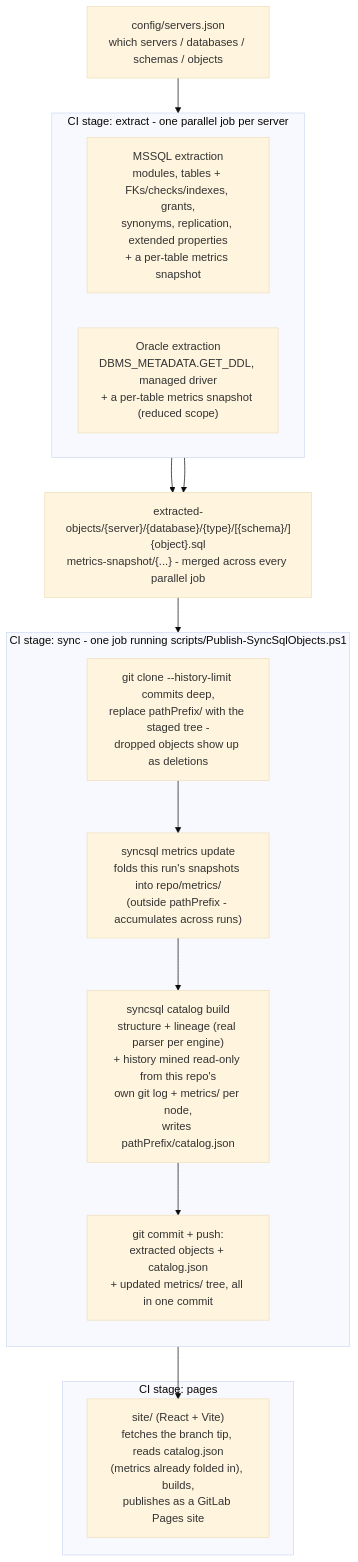
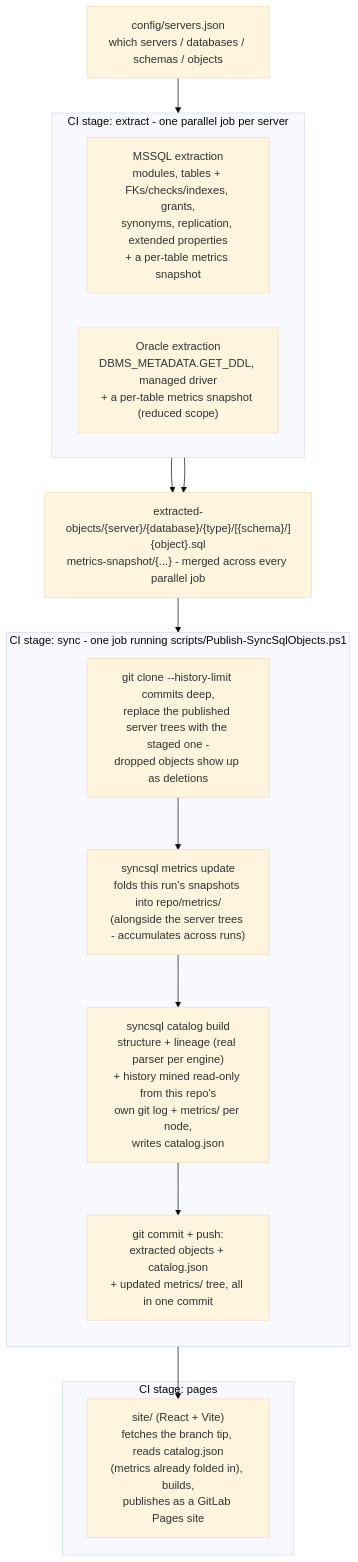
One commit to cangelosilima/SyncSQL changed the diagram in README.md. Above: the diagram before and after it, drawn with Mermaid (base theme). The commit also changed other lines of this file and 28 other files, not shown here.

````diff
--- a/README.md
+++ b/README.md
@@ -78,31 +78,31 @@
 ```mermaid
 flowchart TD
     config["config/servers.json<br/>which servers / databases / schemas / objects"]
 
     subgraph extract["CI stage: extract - one parallel job per server"]
         direction LR
         mssql["MSSQL extraction<br/>modules, tables + FKs/checks/indexes, grants,<br/>synonyms, replication, extended properties<br/>+ a per-table metrics snapshot"]
         oracle["Oracle extraction<br/>DBMS_METADATA.GET_DDL, managed driver<br/>+ a per-table metrics snapshot (reduced scope)"]
     end
 
     staged["extracted-objects/{server}/{database}/{type}/[{schema}/]{object}.sql<br/>metrics-snapshot/{...} - merged across every parallel job"]
 
     subgraph sync["CI stage: sync - one job running scripts/Publish-SyncSqlObjects.ps1"]
         direction TB
-        clone["git clone --history-limit commits deep,<br/>replace pathPrefix/ with the staged tree -<br/>dropped objects show up as deletions"]
-        metrics["syncsql metrics update<br/>folds this run's snapshots into repo/metrics/<br/>(outside pathPrefix - accumulates across runs)"]
-        catalog["syncsql catalog build<br/>structure + lineage (real parser per engine)<br/>+ history mined read-only from this repo's<br/>own git log + metrics/ per node,<br/>writes pathPrefix/catalog.json"]
+        clone["git clone --history-limit commits deep,<br/>replace the published server trees with the staged one -<br/>dropped objects show up as deletions"]
+        metrics["syncsql metrics update<br/>folds this run's snapshots into repo/metrics/<br/>(alongside the server trees - accumulates across runs)"]
+        catalog["syncsql catalog build<br/>structure + lineage (real parser per engine)<br/>+ history mined read-only from this repo's<br/>own git log + metrics/ per node,<br/>writes catalog.json"]
         commit["git commit + push:<br/>extracted objects + catalog.json<br/>+ updated metrics/ tree, all in one commit"]
         clone --> metrics --> catalog --> commit
     end
 
     subgraph pages["CI stage: pages"]
         site["site/ (React + Vite)<br/>fetches the branch tip, reads catalog.json<br/>(metrics already folded in), builds,<br/>publishes as a GitLab Pages site"]
     end
 
     config --> extract
     mssql --> staged
     oracle --> staged
     staged --> sync
     commit --> site
 ```
````
